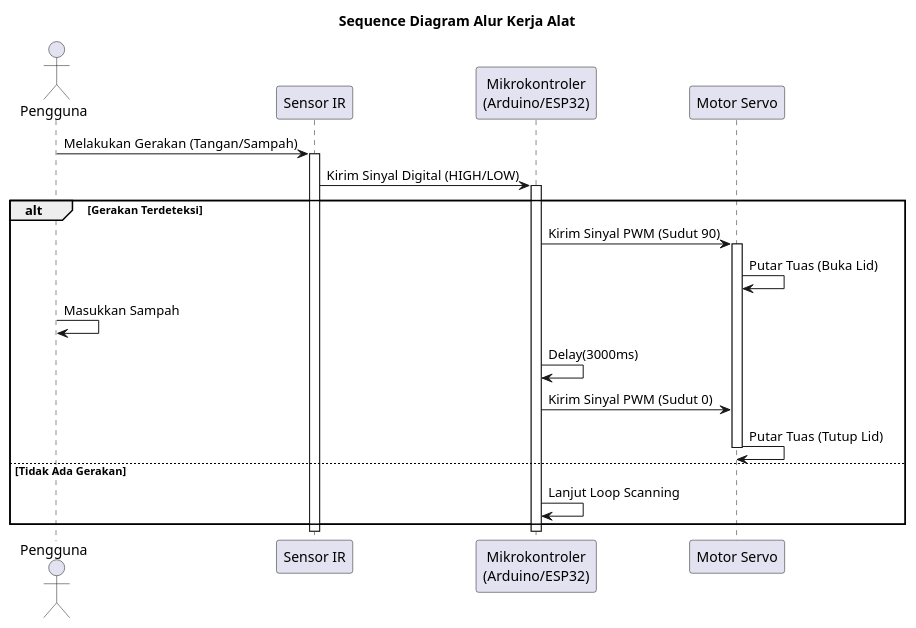
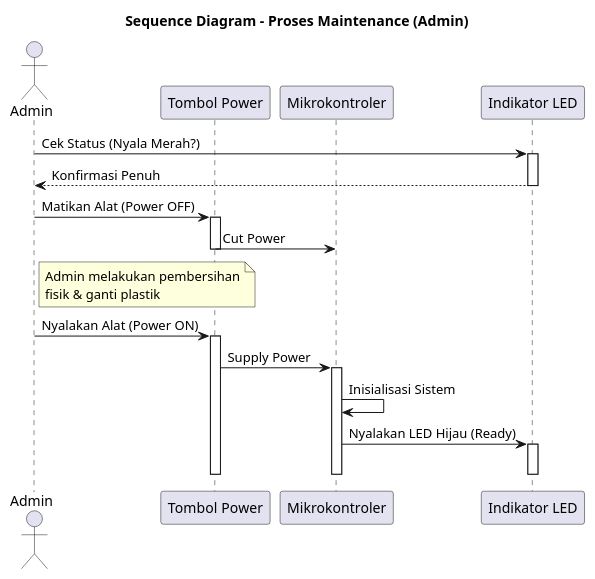
Before and after one commit to C-PPAW-TI503P-2025/PROJECT_KELOMPOK-2_INFRARED: the diagram in diagram/sequence.puml, drawn with PlantUML.

Commit message:
update sequence

```diff
--- a/diagram/sequence.puml
+++ b/diagram/sequence.puml
@@ -1,32 +1,37 @@
 @startuml
-title Sequence Diagram Alur Kerja Alat
+title Sequence Diagram - Proses Maintenance (Admin)
 
-actor "Pengguna" as User
-participant "Sensor IR" as Sensor
-participant "Mikrokontroler\n(Arduino/ESP32)" as MCU
-participant "Motor Servo" as Servo
+actor "Admin" as Adm
+participant "Tombol Power" as Switch
+participant "Mikrokontroler" as MCU
+participant "Indikator LED" as LED
 
-User -> Sensor : Melakukan Gerakan (Tangan/Sampah)
-activate Sensor
+Adm -> LED : Cek Status (Nyala Merah?)
+activate LED
+LED --> Adm : Konfirmasi Penuh
+deactivate LED
 
-Sensor -> MCU : Kirim Sinyal Digital (HIGH/LOW)
+Adm -> Switch : Matikan Alat (Power OFF)
+activate Switch
+Switch -> MCU : Cut Power
+deactivate MCU
+deactivate Switch
+
+note right of Adm
+  Admin melakukan pembersihan
+  fisik & ganti plastik
+end note
+
+Adm -> Switch : Nyalakan Alat (Power ON)
+activate Switch
+Switch -> MCU : Supply Power
 activate MCU
 
-alt Gerakan Terdeteksi
-    MCU -> Servo : Kirim Sinyal PWM (Sudut 90)
-    activate Servo
-    Servo -> Servo : Putar Tuas (Buka Lid)
-    User -> User : Masukkan Sampah
-    
-    MCU -> MCU : Delay(3000ms)
-    
-    MCU -> Servo : Kirim Sinyal PWM (Sudut 0)
-    Servo -> Servo : Putar Tuas (Tutup Lid)
-    deactivate Servo
-else Tidak Ada Gerakan
-    MCU -> MCU : Lanjut Loop Scanning
-end
+MCU -> MCU : Inisialisasi Sistem
+MCU -> LED : Nyalakan LED Hijau (Ready)
+activate LED
+deactivate LED
 
 deactivate MCU
-deactivate Sensor
+deactivate Switch
 @enduml
```
